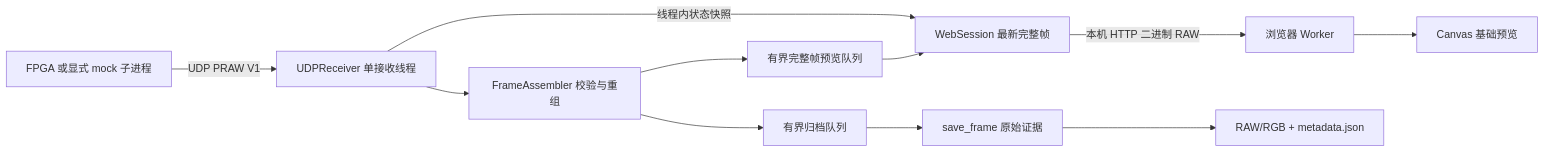
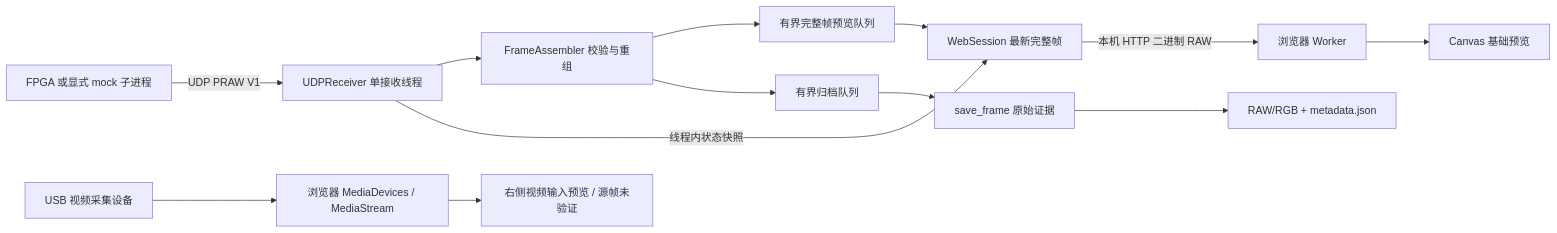
The diagram in host/docs/Web界面与核心接入说明.md (CaiVegetable0932/26-FPGA-Pango), drawn with Mermaid before and after one commit. The commit also changed other lines of this file and 18 other files, not shown here.

```diff
--- a/host/docs/Web界面与核心接入说明.md
+++ b/host/docs/Web界面与核心接入说明.md
@@ -51,13 +53,15 @@
 ~~~mermaid
 flowchart LR
     A[FPGA 或显式 mock 子进程] -->|UDP PRAW V1| B[UDPReceiver 单接收线程]
     B --> C[FrameAssembler 校验与重组]
     C --> D[有界完整帧预览队列]
     C --> E[有界归档队列]
     D --> F[WebSession 最新完整帧]
     E --> G[save_frame 原始证据]
     B -->|线程内状态快照| F
     F -->|本机 HTTP 二进制 RAW| H[浏览器 Worker]
     H --> I[Canvas 基础预览]
     G --> J[RAW/RGB + metadata.json]
+    K[USB 视频采集设备] --> L[浏览器 MediaDevices / MediaStream]
+    L --> M[右侧视频输入预览 / 源帧未验证]
 ~~~
```
